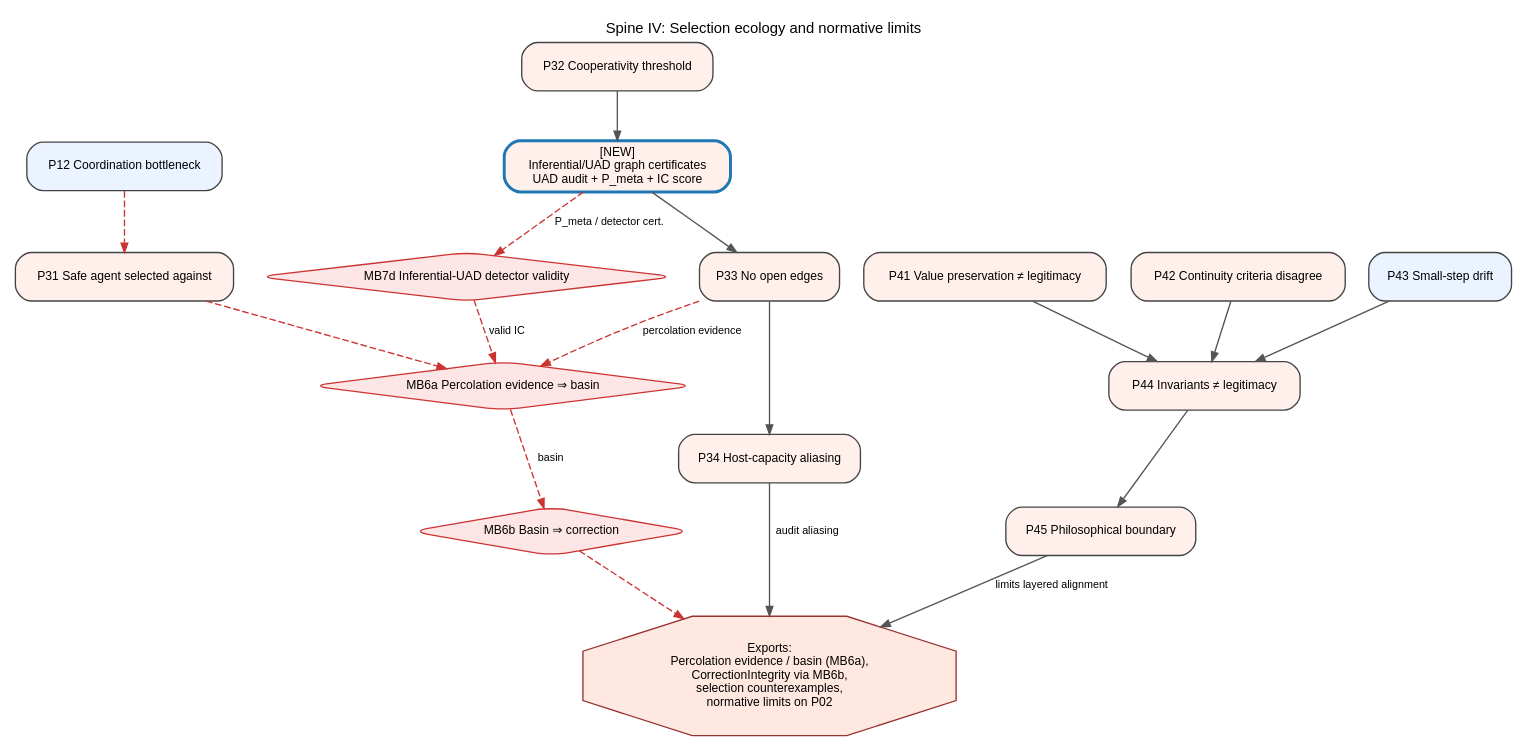
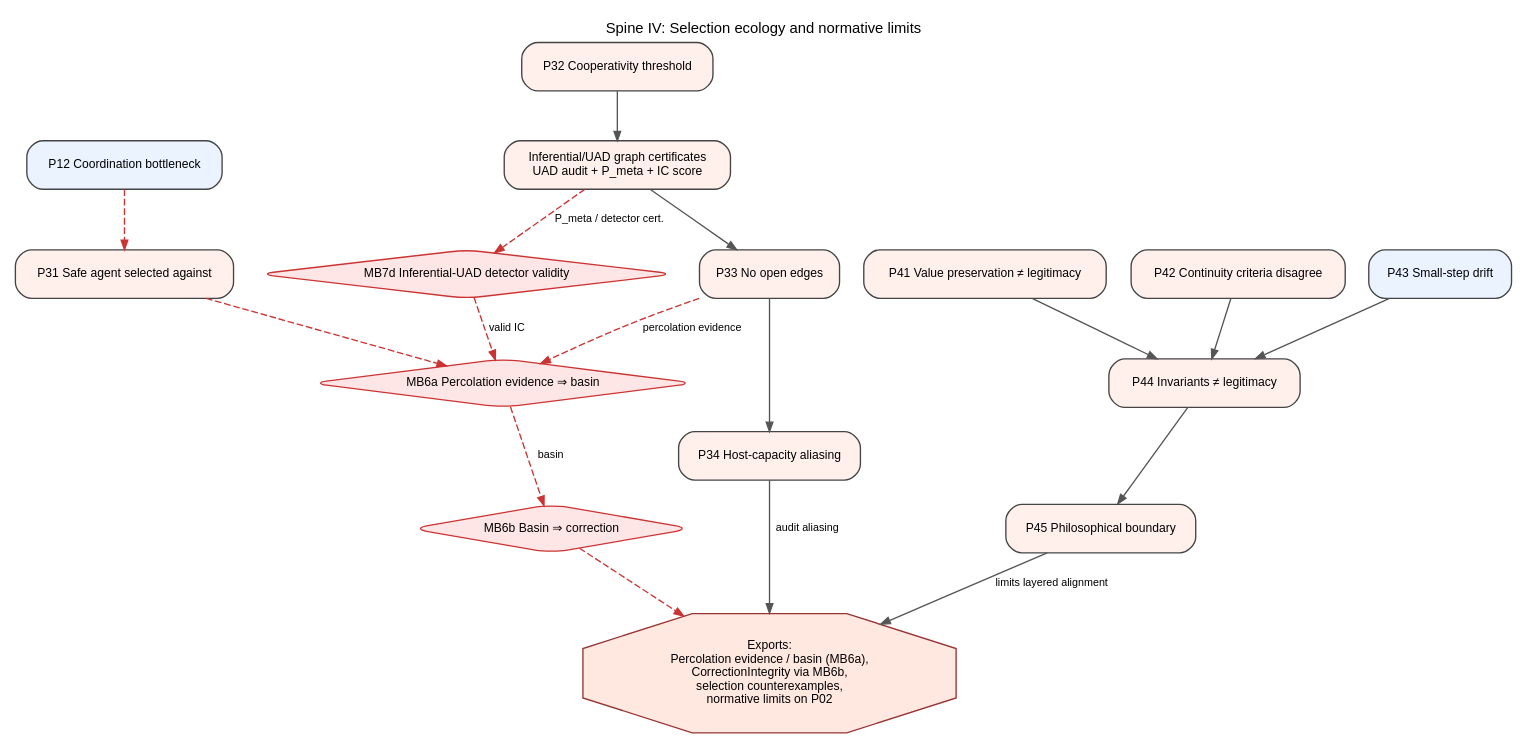
The diagram in context/lean_proof_graphs/04-selection-limits.dot (GunnarZarncke/towards-asi-alignment), drawn with Graphviz before and after one commit. The commit also changed 13 other files, not shown here.

First line of the commit message:
Remove [NEW] recency markers from Lean spine diagrams and Appendix I.

```diff
--- a/context/lean_proof_graphs/04-selection-limits.dot
+++ b/context/lean_proof_graphs/04-selection-limits.dot
@@ -1,47 +1,47 @@
 digraph Spine04SelectionLimits {
   graph [
     rankdir=TB,
     bgcolor="white",
     splines=true,
     overlap=false,
     fontsize=11,
     fontname="Helvetica",
     label="Spine IV: Selection ecology and normative limits",
     labelloc="t"
   ];
   node [shape=box, style="rounded,filled", fontname="Helvetica", fontsize=9, color="#444444"];
   edge [fontname="Helvetica", fontsize=8, color="#555555", arrowsize=0.7];
 
   P12 [label="P12 Coordination bottleneck", fillcolor="#EAF3FF"];
   P31 [label="P31 Safe agent selected against", fillcolor="#FFF0EC"];
   P32 [label="P32 Cooperativity threshold", fillcolor="#FFF0EC"];
-  PAC [label="[NEW]\nInferential/UAD graph certificates\nUAD audit + P_meta + IC score", fillcolor="#FFF0EC", color="#1F77B4", penwidth=2.2];
+  PAC [label="Inferential/UAD graph certificates\nUAD audit + P_meta + IC score", fillcolor="#FFF0EC"];
   P33 [label="P33 No open edges", fillcolor="#FFF0EC"];
   P34 [label="P34 Host-capacity aliasing", fillcolor="#FFF0EC"];
   P41 [label="P41 Value preservation ≠ legitimacy", fillcolor="#FFF0EC"];
   P42 [label="P42 Continuity criteria disagree", fillcolor="#FFF0EC"];
   P43 [label="P43 Small-step drift", fillcolor="#EAF3FF"];
   P44 [label="P44 Invariants ≠ legitimacy", fillcolor="#FFF0EC"];
   P45 [label="P45 Philosophical boundary", fillcolor="#FFF0EC"];
 
   MB6a [shape=diamond, fillcolor="#FFE6E6", color="#CC3333", label="MB6a Percolation evidence ⇒ basin"];
   MB6b [shape=diamond, fillcolor="#FFE6E6", color="#CC3333", label="MB6b Basin ⇒ correction"];
   MB7d [shape=diamond, fillcolor="#FFE6E6", color="#CC3333", label="MB7d Inferential-UAD detector validity"];
 
   OUT [shape=octagon, style="filled", fillcolor="#FFE8E0", color="#993333",
        label="Exports:\nPercolation evidence / basin (MB6a),\nCorrectionIntegrity via MB6b,\nselection counterexamples,\nnormative limits on P02"];
 
   P12 -> P31 -> MB6a [style=dashed, color="#CC3333"];
   P32 -> PAC -> P33 -> P34;
   PAC -> MB7d [style=dashed, color="#CC3333", label="P_meta / detector cert."];
   MB7d -> MB6a [style=dashed, color="#CC3333", label="valid IC"];
   P33 -> MB6a [style=dashed, color="#CC3333", label="percolation evidence"];
   MB6a -> MB6b [style=dashed, color="#CC3333", label="basin"];
   P41 -> P44;
   P42 -> P44;
   P43 -> P44 -> P45;
 
   MB6b -> OUT [style=dashed, color="#CC3333"];
   P45 -> OUT [label="limits layered alignment"];
   P34 -> OUT [label="audit aliasing"];
 }
```
